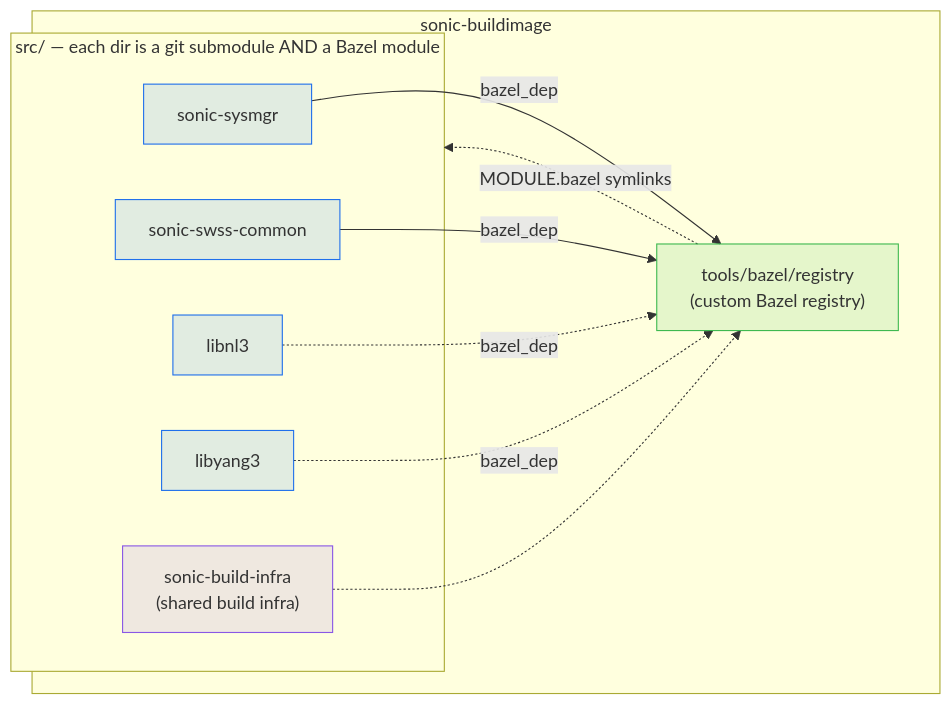
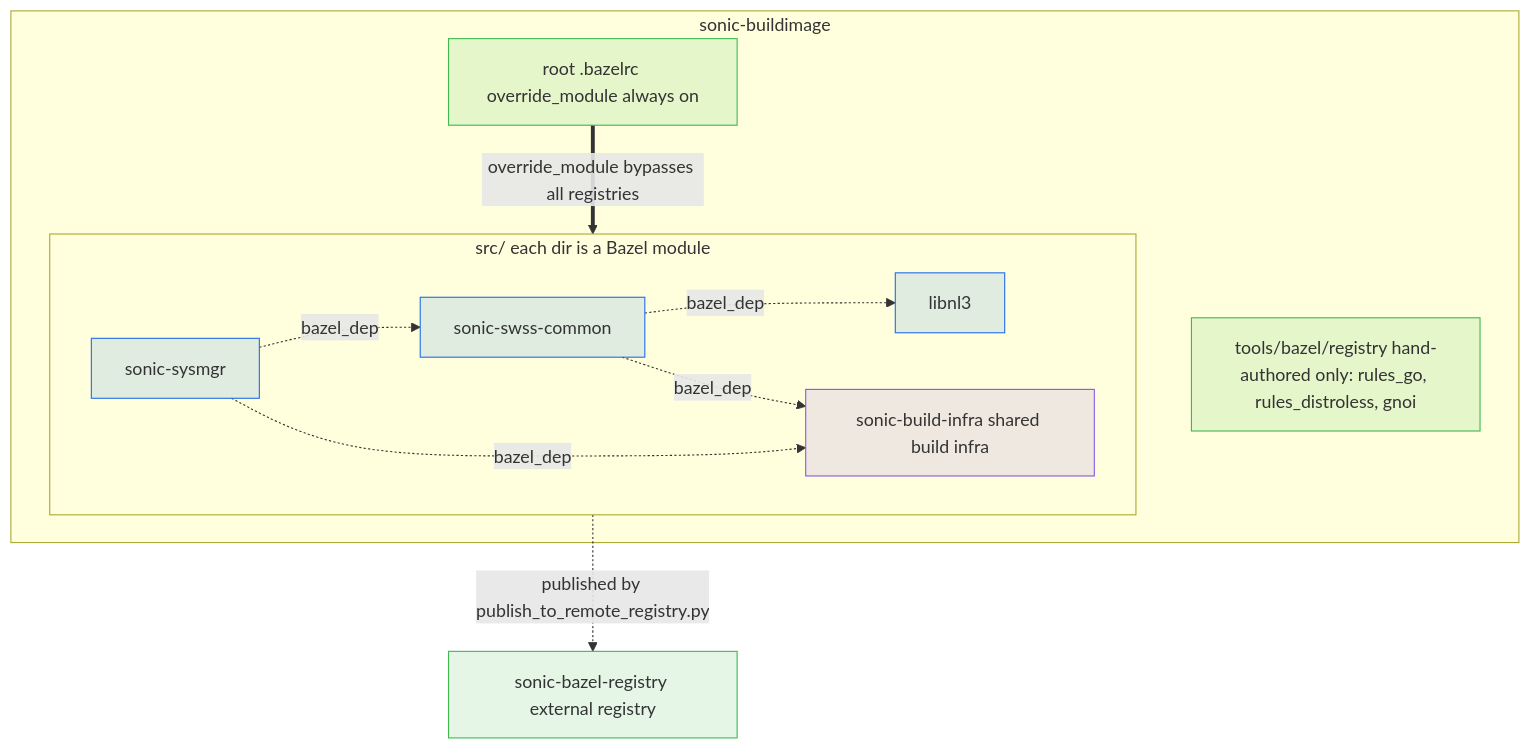
Before and after one commit to blorente/sonic-buildimage: the diagram in tools/bazel/docs/patterns-detail.md, drawn with Mermaid. The commit also changed other lines of this file and 9 other files, not shown here.

````diff
--- a/tools/bazel/docs/patterns-detail.md
+++ b/tools/bazel/docs/patterns-detail.md
@@ -33,31 +46,31 @@
 ```mermaid
 graph TD
     subgraph repo["sonic-buildimage"]
-        subgraph src["src/ — each dir is a git submodule AND a Bazel module"]
+        subgraph src["src/ each dir is a Bazel module"]
             sysmgr["sonic-sysmgr"]
             swss["sonic-swss-common"]
             libnl3["libnl3"]
-            libyang3["libyang3"]
-            infra["sonic-build-infra<br/>(shared build infra)"]
+            infra["sonic-build-infra shared build infra"]
         end
 
-        reg["tools/bazel/registry<br/>(custom Bazel registry)"]
+        rc["root .bazelrc override_module always on"]
+        localreg["tools/bazel/registry hand-authored only: rules_go, rules_distroless, gnoi"]
     end
 
-    %% A module declares bazel_dep; Bazel resolves it via the registry...
-    sysmgr -->|bazel_dep| reg
-    swss -->|bazel_dep| reg
-    libnl3 -.->|bazel_dep| reg
-    libyang3 -.->|bazel_dep| reg
-    infra -.-> reg
+    extreg["sonic-bazel-registry external registry"]
 
-    %% ...and the registry symlinks each entry back to the module's source in src/
-    reg -.->|MODULE.bazel symlinks| src
+    sysmgr -.->|bazel_dep| swss
+    swss -.->|bazel_dep| libnl3
+    sysmgr -.->|bazel_dep| infra
+    swss -.->|bazel_dep| infra
+
+    rc ==>|override_module bypasses all registries| src
+    src -.->|published by publish_to_remote_registry.py| extreg
 
     classDef mod fill:#1f6feb22,stroke:#1f6feb,stroke-width:1px;
     classDef sharedmod fill:#8957e522,stroke:#8957e5,stroke-width:1px;
     classDef regbox fill:#3fb95022,stroke:#3fb950,stroke-width:1px;
-    class sysmgr,swss,libnl3,libyang3 mod;
+    class sysmgr,swss,libnl3 mod;
     class infra sharedmod;
-    class reg regbox;
+    class localreg,rc,extreg regbox;
 ```
````
